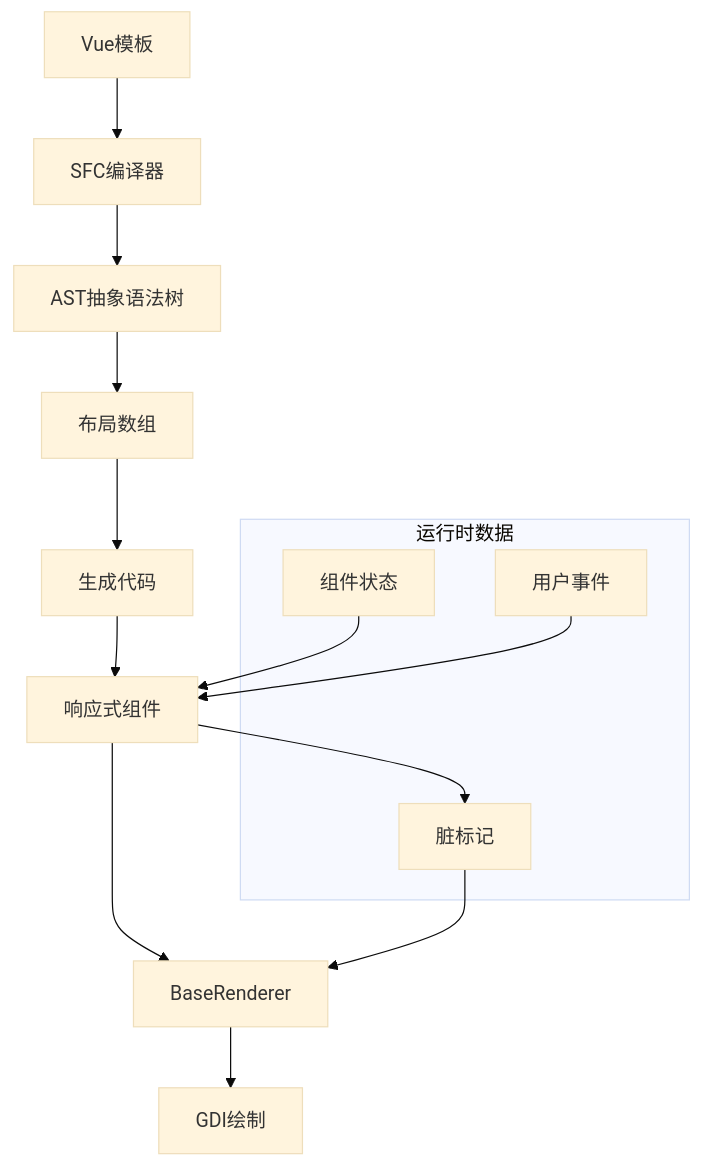
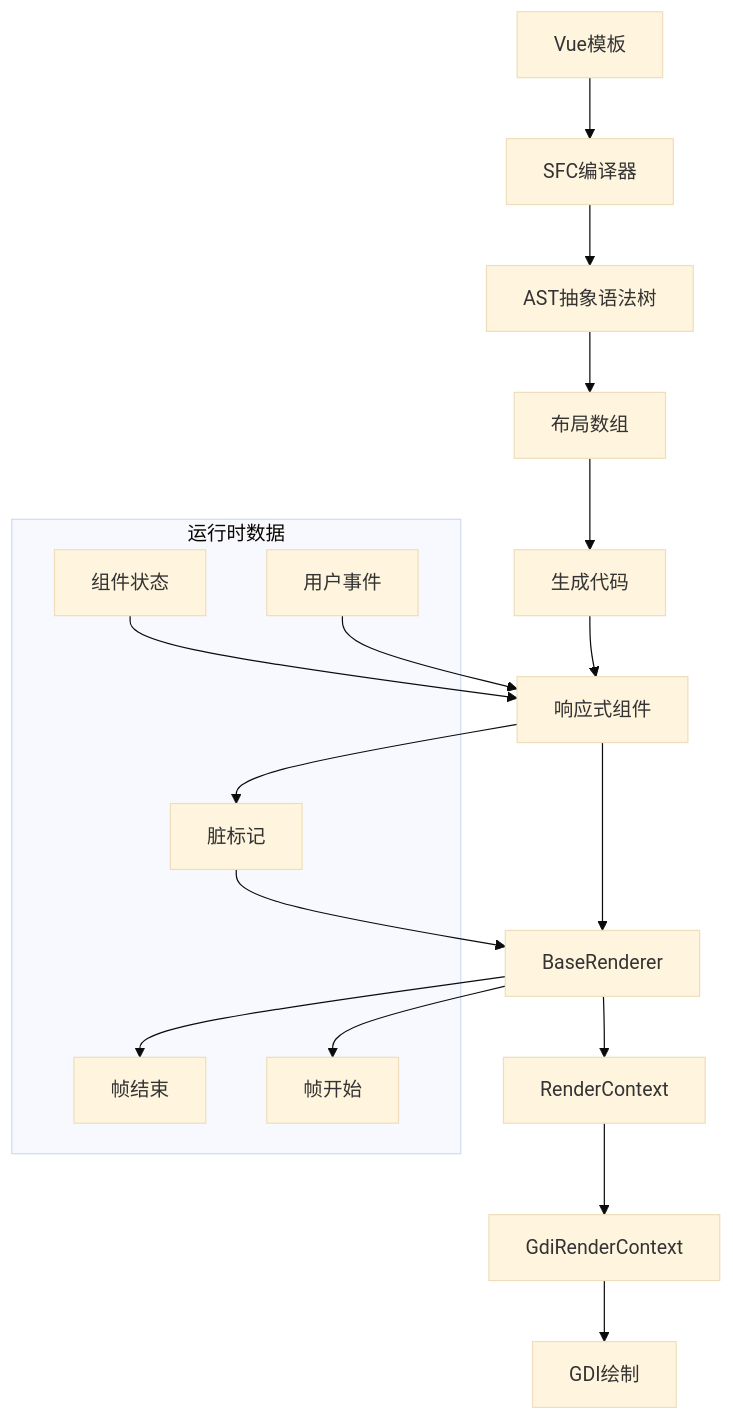
Before and after one commit to xingye00186/PHP-Data-UI-Framework-powered-by-swooleAOT: the sixth of 11 diagrams in .qoder/repowiki/zh/content/C++渲染层/BaseRenderer基础渲染器.md, drawn with Mermaid (base theme). The commit also changed other lines of this file and 10 other files, not shown here.

````diff
--- a/.qoder/repowiki/zh/content/C++渲染层/BaseRenderer基础渲染器.md
+++ b/.qoder/repowiki/zh/content/C++渲染层/BaseRenderer基础渲染器.md
@@ -234,19 +318,25 @@
 ```mermaid
 flowchart TD
 Template[Vue模板] --> Compiler[SFC编译器]
 Compiler --> AST[AST抽象语法树]
 AST --> Layout[布局数组]
 Layout --> GenCode[生成代码]
 GenCode --> Component[响应式组件]
 Component --> Renderer[BaseRenderer]
-Renderer --> GDI[GDI绘制]
+Renderer --> Ctx[RenderContext]
+Ctx --> Gdi[GdiRenderContext]
+Gdi --> GDI[GDI绘制]
 subgraph "运行时数据"
 State[组件状态]
 Dirty[脏标记]
 Event[用户事件]
+EndFrame[帧结束]
+BeginFrame[帧开始]
 end
 State --> Component
 Event --> Component
 Component --> Dirty
 Dirty --> Renderer
+Renderer --> BeginFrame
+Renderer --> EndFrame
 ```
````
